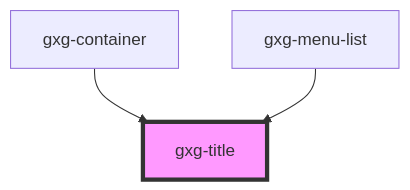
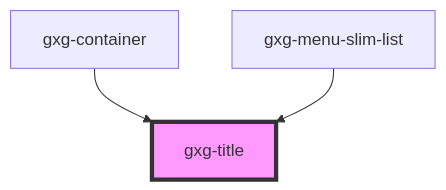
The diagram in src/components/title/readme.md (genexuslabs/gemini), drawn with Mermaid before and after one commit. The commit also changed other lines of this file and 21 other files, not shown here.

Commit message:
recover old gxg-menu

````diff
--- a/src/components/title/readme.md
+++ b/src/components/title/readme.md
@@ -39,6 +39,6 @@
 ```mermaid
 graph TD;
   gxg-container --> gxg-title
-  gxg-menu-list --> gxg-title
+  gxg-menu-slim-list --> gxg-title
   style gxg-title fill:#f9f,stroke:#333,stroke-width:4px
 ```
````
